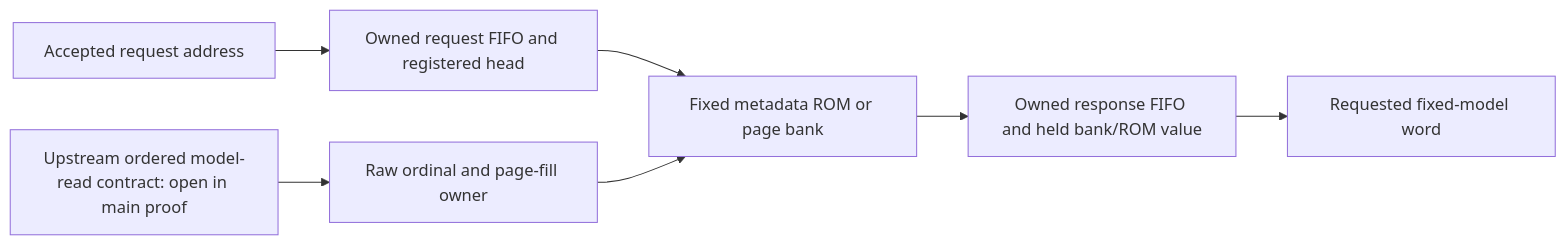
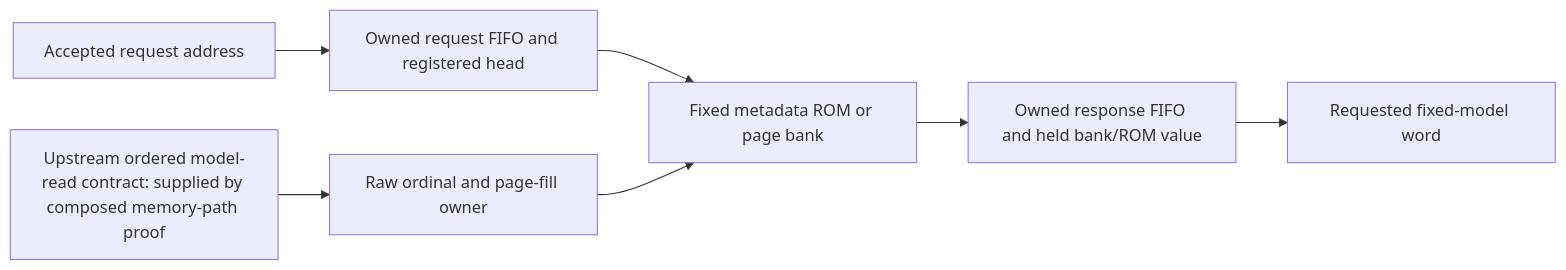
One commit to Berkeley-AI-Risk/inference-only changed the diagram in demos/simplestories-v2-5m/formal/native-component-values/model-operands/THEOREM.md. Above: the diagram before and after it, drawn with Mermaid. The commit also changed other lines of this file and 94 other files, not shown here.

First line of the commit message:
Prove baseline model-read values through the custom DDR path

````diff
--- a/demos/simplestories-v2-5m/formal/native-component-values/model-operands/THEOREM.md
+++ b/demos/simplestories-v2-5m/formal/native-component-values/model-operands/THEOREM.md
@@ -37,9 +43,9 @@
 ```mermaid
 flowchart LR
   A[Accepted request address] --> Q[Owned request FIFO and registered head]
   Q --> B[Fixed metadata ROM or page bank]
-  U[Upstream ordered model-read contract: open in main proof] --> F[Raw ordinal and page-fill owner]
+  U[Upstream ordered model-read contract: supplied by composed memory-path proof] --> F[Raw ordinal and page-fill owner]
   F --> B
   B --> R[Owned response FIFO and held bank/ROM value]
   R --> V[Requested fixed-model word]
 ```
````
